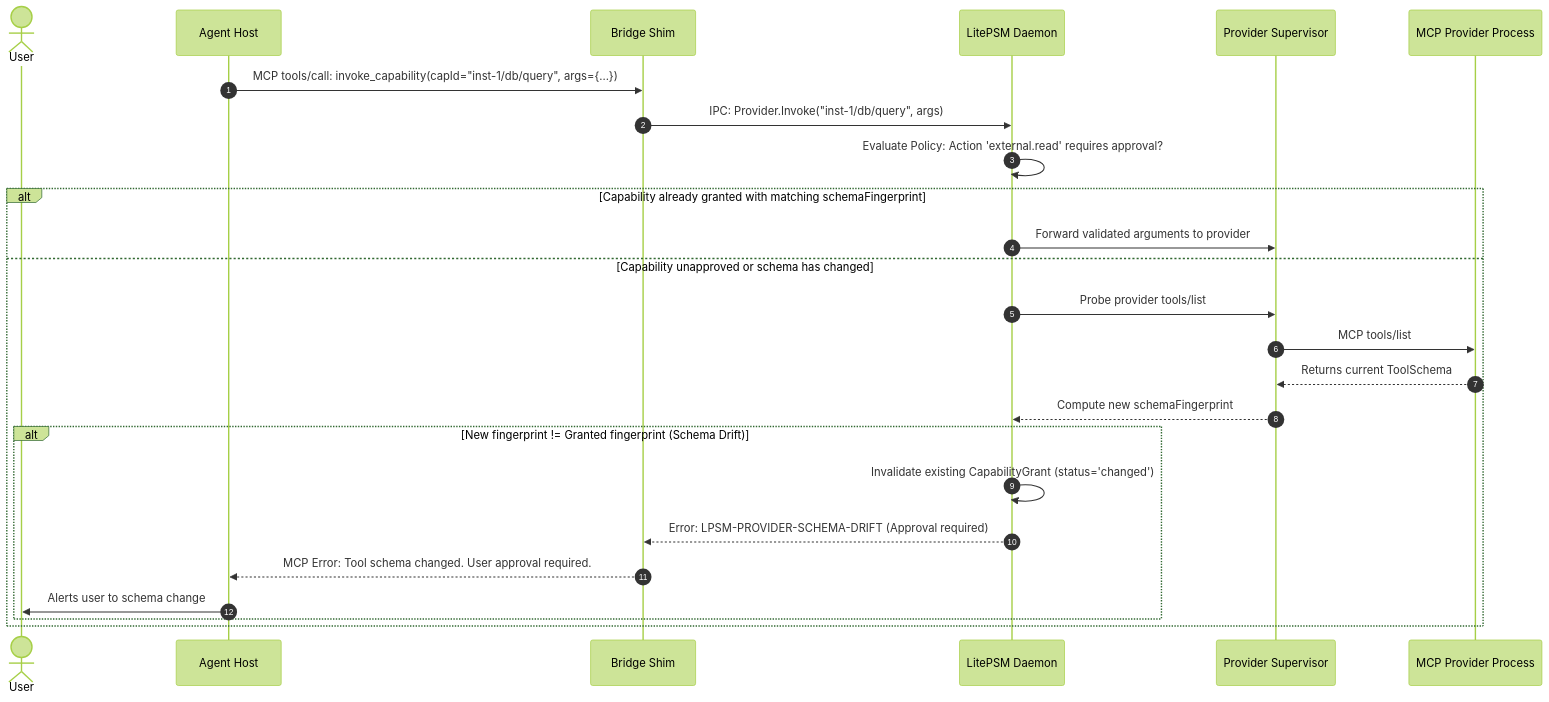
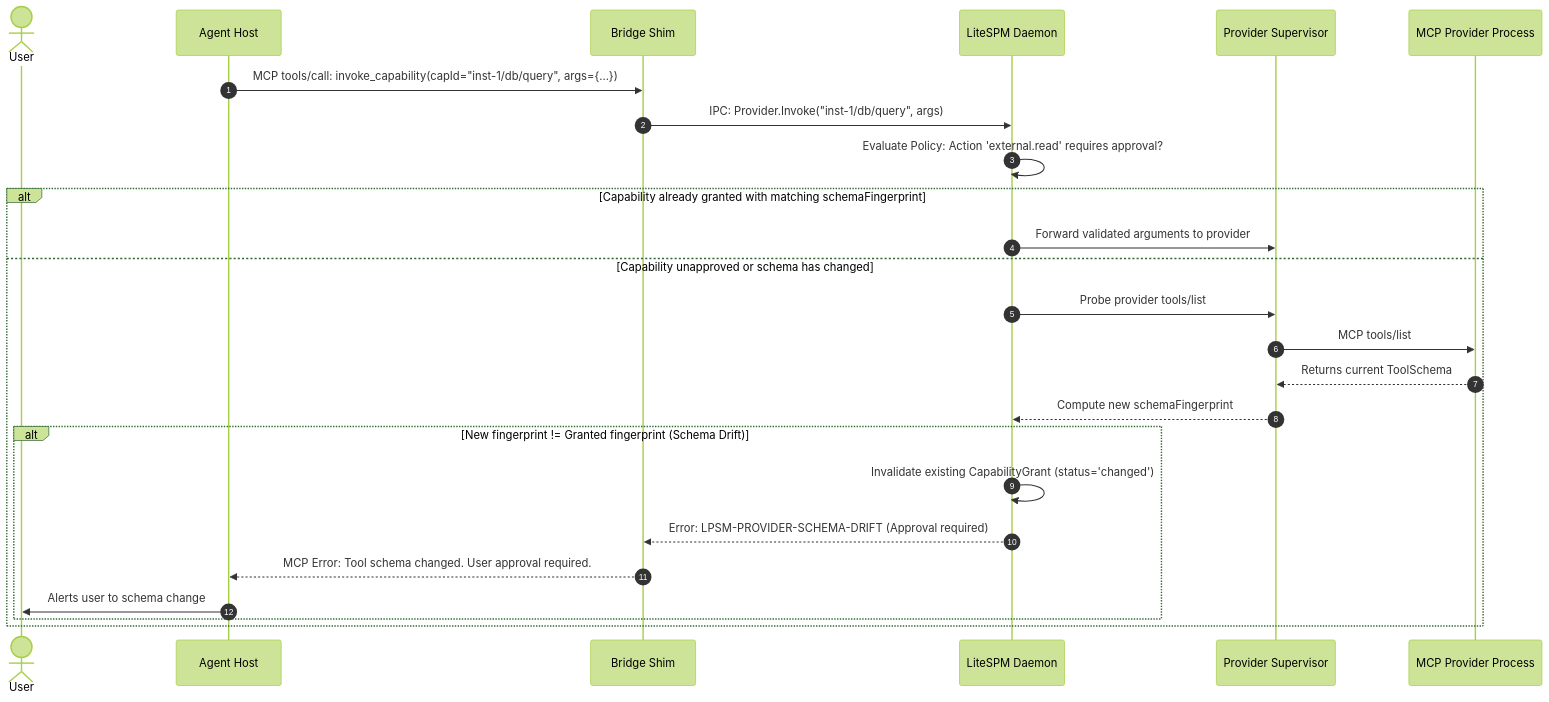
Before and after one commit to sarv-projects/LitePSM: the third of 4 diagrams in ARCH/02-HLD.md, drawn with Mermaid (forest theme). The commit also changed other lines of this file and 193 other files, not shown here.

````diff
--- a/ARCH/02-HLD.md
+++ b/ARCH/02-HLD.md
@@ -175,28 +175,28 @@
 ```mermaid
 sequenceDiagram
     autonumber
     actor User
     participant Host as Agent Host
     participant Shim as Bridge Shim
-    participant Daemon as LitePSM Daemon
+    participant Daemon as LiteSPM Daemon
     participant Sup as Provider Supervisor
     participant Prov as MCP Provider Process
 
     Host->>Shim: MCP tools/call: invoke_capability(capId="inst-1/db/query", args={...})
     Shim->>Daemon: IPC: Provider.Invoke("inst-1/db/query", args)
     Daemon->>Daemon: Evaluate Policy: Action 'external.read' requires approval?
     alt Capability already granted with matching schemaFingerprint
         Daemon->>Sup: Forward validated arguments to provider
     else Capability unapproved or schema has changed
         Daemon->>Sup: Probe provider tools/list
         Sup->>Prov: MCP tools/list
         Prov-->>Sup: Returns current ToolSchema
         Sup-->>Daemon: Compute new schemaFingerprint
         alt New fingerprint != Granted fingerprint (Schema Drift)
             Daemon->>Daemon: Invalidate existing CapabilityGrant (status='changed')
             Daemon-->>Shim: Error: LPSM-PROVIDER-SCHEMA-DRIFT (Approval required)
             Shim-->>Host: MCP Error: Tool schema changed. User approval required.
             Host->>User: Alerts user to schema change
         end
     end
 ```
````
